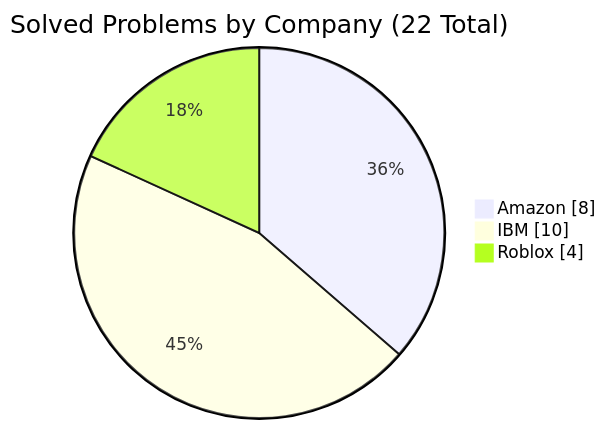
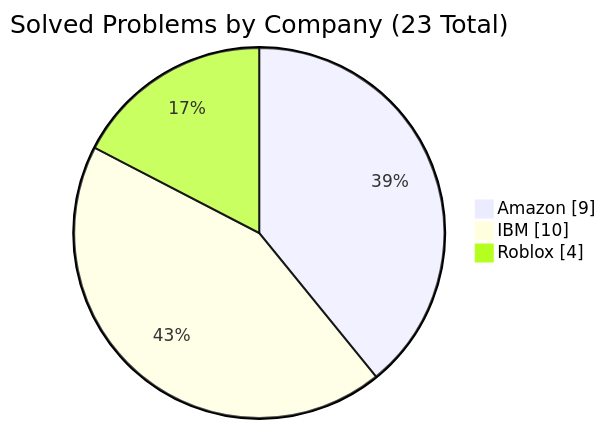
The fourth of 4 diagrams in README.md (simonesiega/leetcode-solutions), drawn with Mermaid before and after one commit. The commit also changed 4 other files, not shown here.

````diff
--- a/README.md
+++ b/README.md
@@ -168,7 +168,7 @@
 ```mermaid
 pie showData
-    title Solved Problems by Company (22 Total)
-    "Amazon" : 8
+    title Solved Problems by Company (23 Total)
+    "Amazon" : 9
     "IBM" : 10
     "Roblox" : 4
 ```
````
